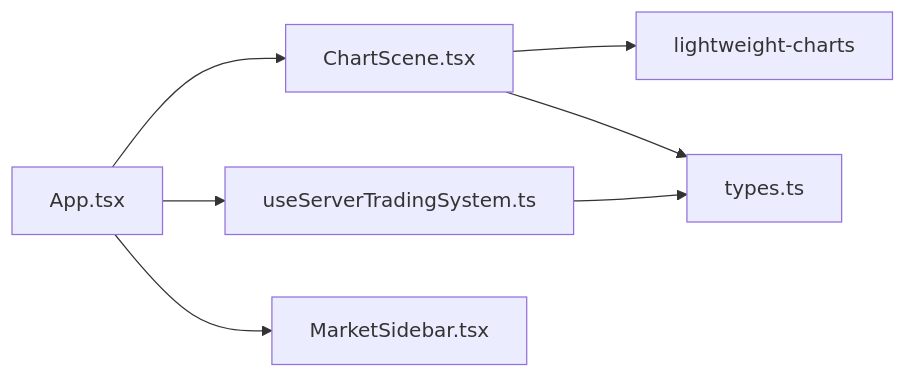
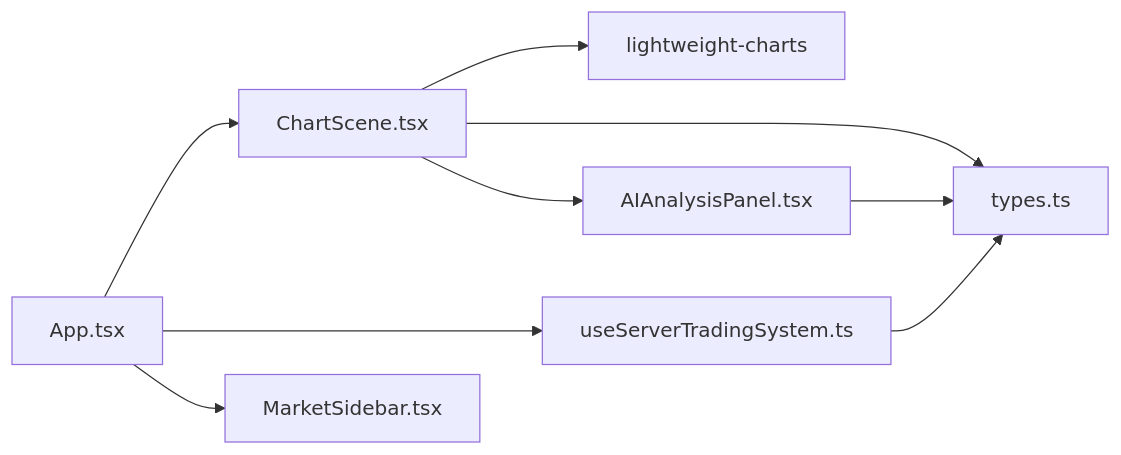
Before and after one commit to gemrajkhatry-maker/v5-of-glassytrade-ai: the sixth of 6 diagrams in .qoder/repowiki/en/content/Frontend Application/React Components/Chart Visualization Components/Chart Visualization Components.md, drawn with Mermaid. The commit also changed other lines of this file and 930 other files, not shown here.

````diff
--- a/.qoder/repowiki/en/content/Frontend Application/React Components/Chart Visualization Components/Chart Visualization Components.md
+++ b/.qoder/repowiki/en/content/Frontend Application/React Components/Chart Visualization Components/Chart Visualization Components.md
@@ -316,9 +432,11 @@
 ```mermaid
 graph LR
 App["App.tsx"] --> CS["ChartScene.tsx"]
 App --> Hook["useServerTradingSystem.ts"]
 CS --> LC["lightweight-charts"]
 CS --> Types["types.ts"]
 Hook --> Types
 App --> MS["MarketSidebar.tsx"]
+AAP["AIAnalysisPanel.tsx"] --> Types
+CS --> AAP
 ```
````
